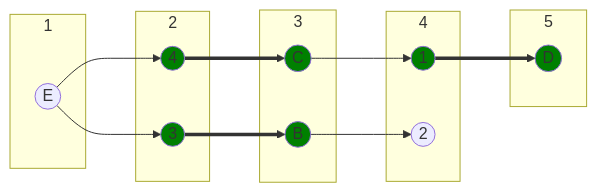
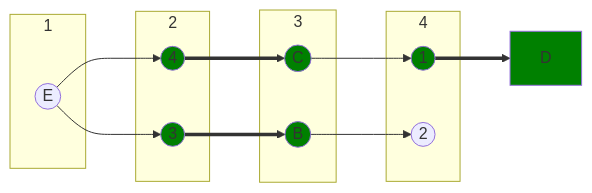
The fourth of 7 diagrams in Задание 8/girls.md (algos-ris-24-3/manual-tasks), drawn with Mermaid before and after one commit.

Commit message:
girls.md

````diff
--- a/Задание 8/girls.md
+++ b/Задание 8/girls.md
@@ -146,31 +146,28 @@
 ```mermaid
 graph LR
     subgraph " 1 "
         E((E))
     end
     subgraph " 2 "
         3((3))
         4((4))
     end
     subgraph " 3 "
         B((B))
         C((C))
     end
     subgraph " 4 "
         2((2))
         1((1))
     end
-    subgraph " 5 "
-        D((D))
-    end
     
     E --> 3 ==> B --> 2
     E --> 4 ==> C --> 1 ==> D
 
     style 3 fill:#008000
     style 4 fill:#008000
     style 1 fill:#008000
     style C fill:#008000
     style B fill:#008000
     style D fill:#008000
 ```
````
